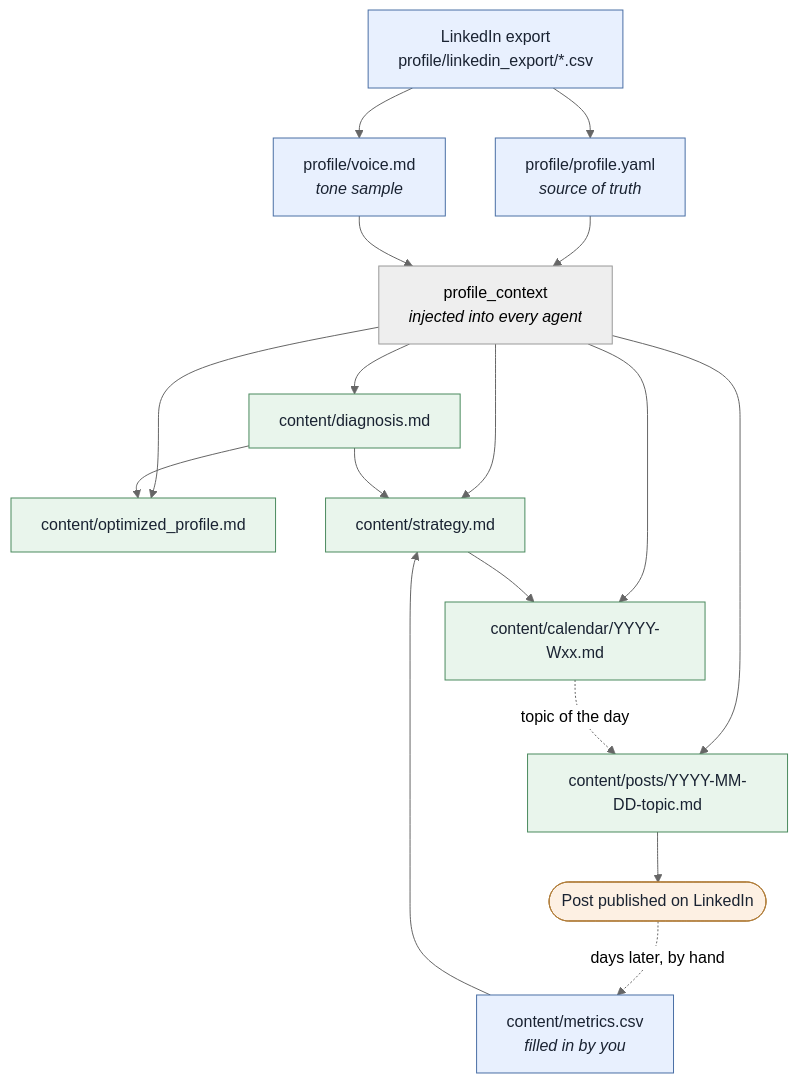
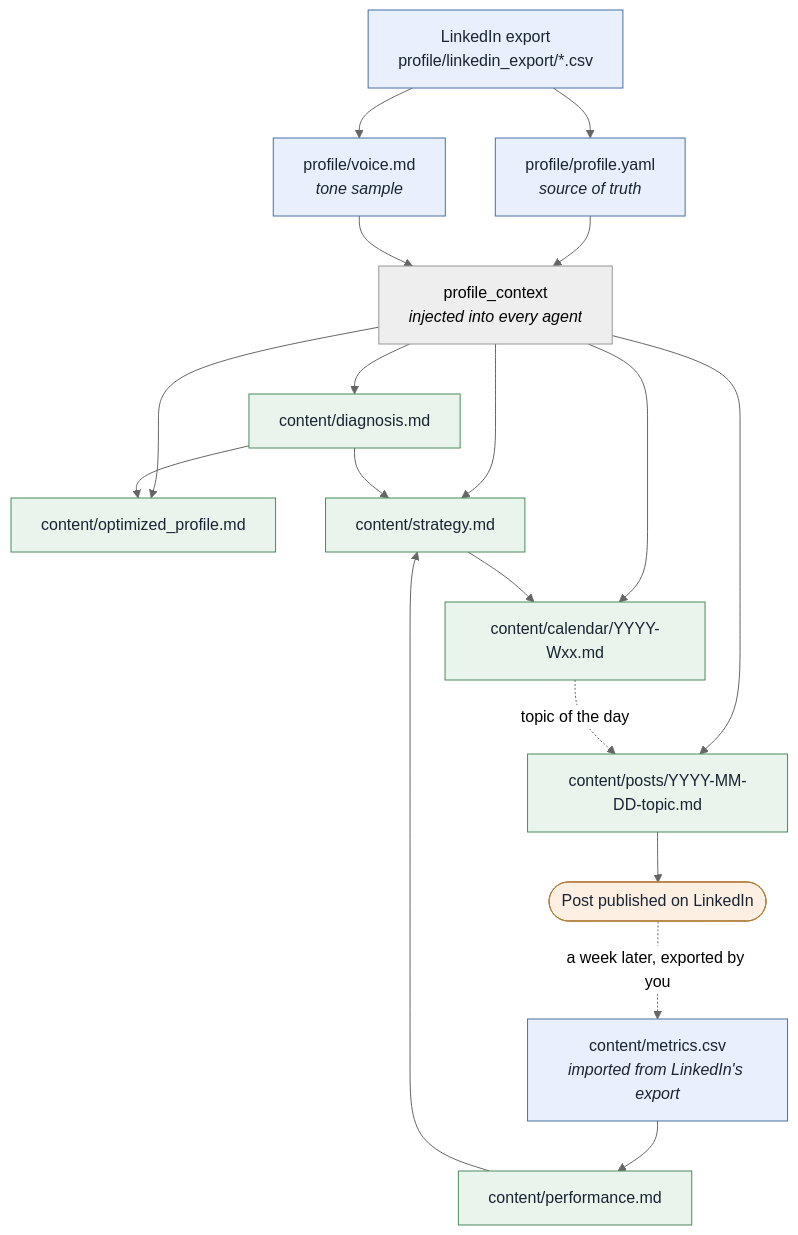
One commit to gabrantoniette/linkedin-growth-agents changed the second of 5 diagrams in docs/mindmap.md. Above: the diagram before and after it, drawn with Mermaid (neutral theme). The commit also changed other lines of this file and 20 other files, not shown here.

````diff
--- a/docs/mindmap.md
+++ b/docs/mindmap.md
@@ -111,29 +117,30 @@
 ```mermaid
 flowchart TD
     EXPORT["LinkedIn export<br/>profile/linkedin_export/*.csv"] --> YAML["profile/profile.yaml<br/><i>source of truth</i>"]
     EXPORT --> VOICE["profile/voice.md<br/><i>tone sample</i>"]
 
     YAML --> CTX["profile_context<br/><i>injected into every agent</i>"]
     VOICE --> CTX
 
     CTX --> DIAG["content/diagnosis.md"]
     CTX --> PROF["content/optimized_profile.md"]
     CTX --> STRAT["content/strategy.md"]
     CTX --> CAL["content/calendar/YYYY-Wxx.md"]
     CTX --> POST["content/posts/YYYY-MM-DD-topic.md"]
 
     DIAG --> PROF
     DIAG --> STRAT
-    MET["content/metrics.csv<br/><i>filled in by you</i>"] --> STRAT
+    MET["content/metrics.csv<br/><i>imported from LinkedIn's export</i>"] --> PERF["content/performance.md"]
+    PERF --> STRAT
     STRAT --> CAL
     CAL -.->|topic of the day| POST
     POST --> PUB(["Post published on LinkedIn"])
-    PUB -.->|days later, by hand| MET
+    PUB -.->|a week later, exported by you| MET
 
     classDef input fill:#e8f0fe,stroke:#4a6fa5,color:#1a2332
     classDef output fill:#e9f5ec,stroke:#4a8a5e,color:#1a2332
     classDef external fill:#fdf0e3,stroke:#b07d3a,color:#1a2332
     class EXPORT,YAML,VOICE,MET input
-    class DIAG,PROF,STRAT,CAL,POST output
+    class DIAG,PROF,STRAT,CAL,POST,PERF output
     class PUB external
 ```
````
